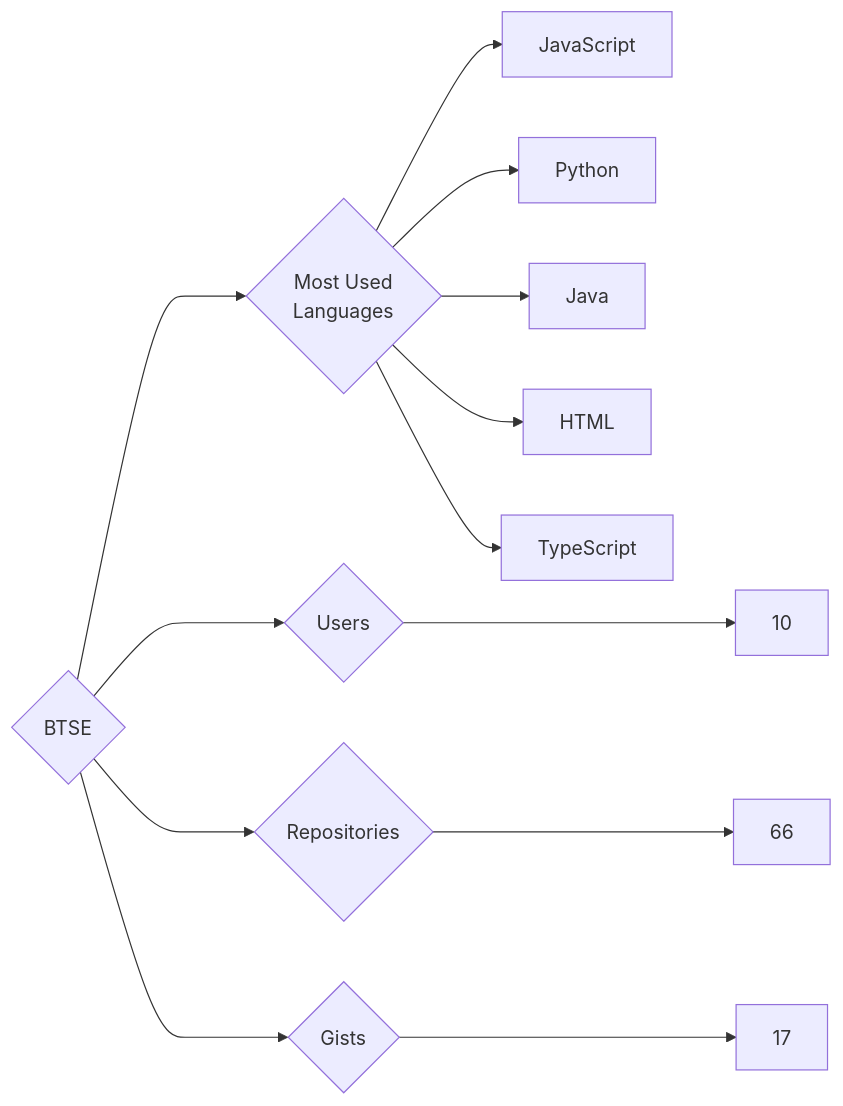
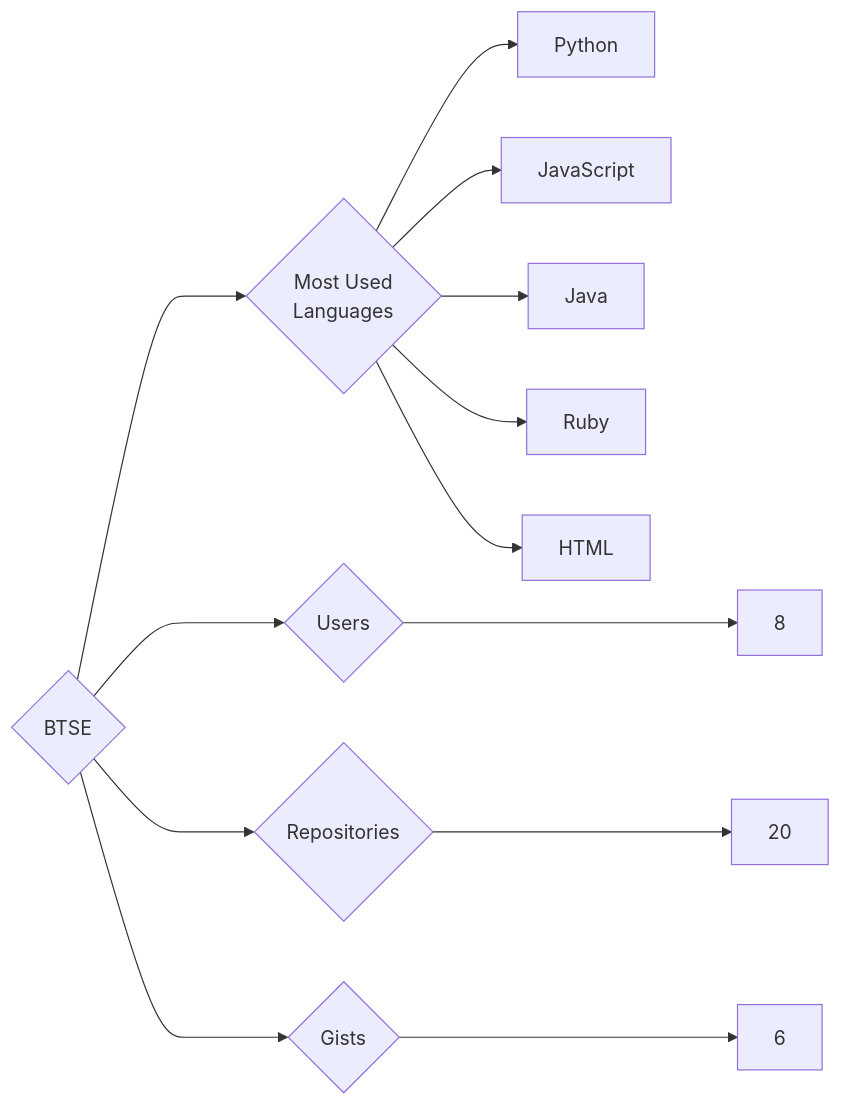
The diagram in targets/BTSE/README.md (trickest/insiders), drawn with Mermaid before and after one commit. The commit also changed 1055 other files, not shown here.

````diff
--- a/targets/BTSE/README.md
+++ b/targets/BTSE/README.md
@@ -3,13 +3,13 @@
 ```mermaid
 graph LR
 COMPANY_NAME{BTSE}
-COMPANY_NAME ---> U{Users} ---> UN[10]
-COMPANY_NAME ---> R{Repositories} ---> RN[66]
-COMPANY_NAME ---> G{Gists} ---> GN[17]
+COMPANY_NAME ---> U{Users} ---> UN[8]
+COMPANY_NAME ---> R{Repositories} ---> RN[20]
+COMPANY_NAME ---> G{Gists} ---> GN[6]
 COMPANY_NAME ---> ML{Most Used<br>Languages}
+ML --> Python[Python]
 ML --> JavaScript[JavaScript]
-ML --> Python[Python]
 ML --> Java[Java]
+ML --> Ruby[Ruby]
 ML --> HTML[HTML]
-ML --> TypeScript[TypeScript]
 ```
````
